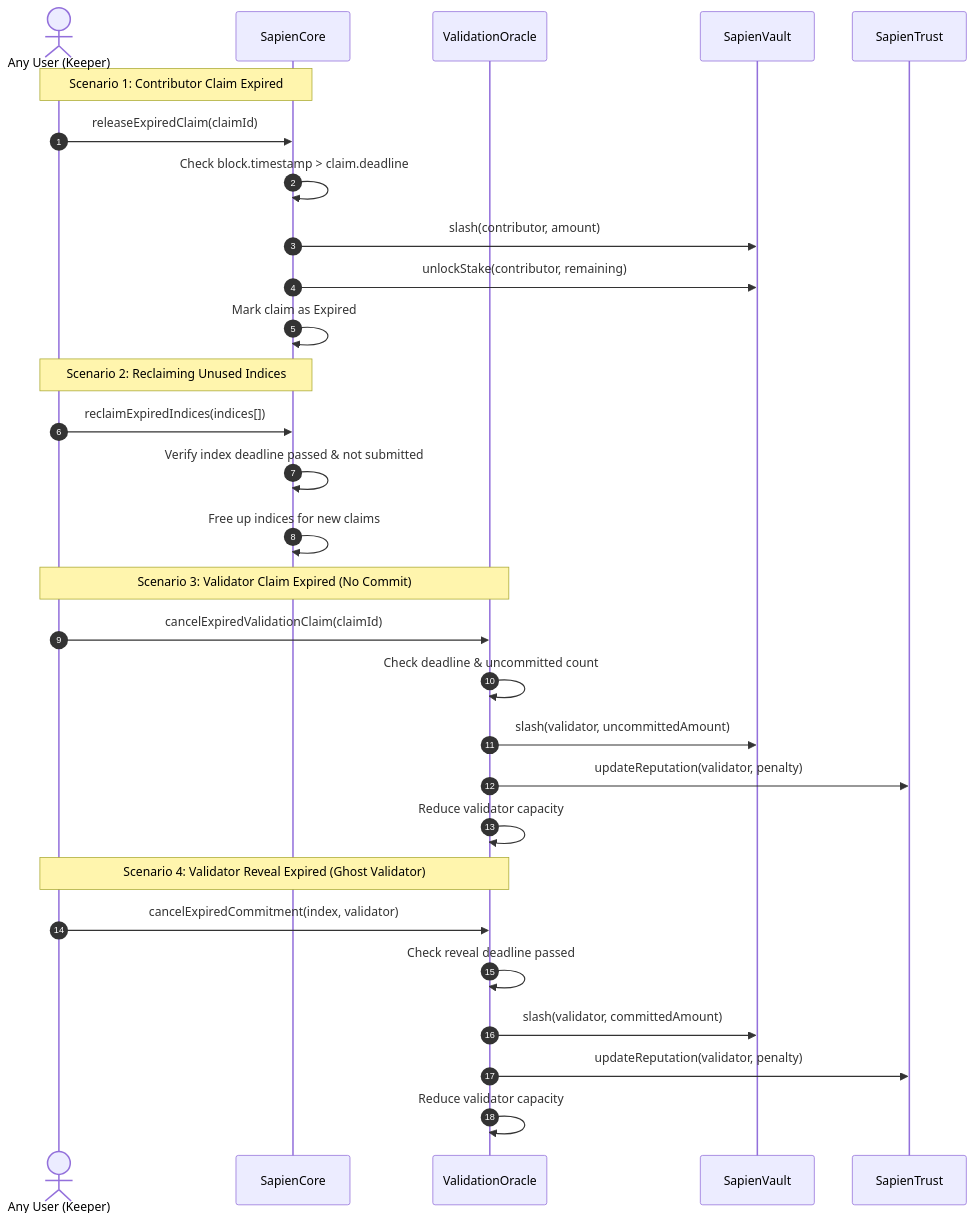
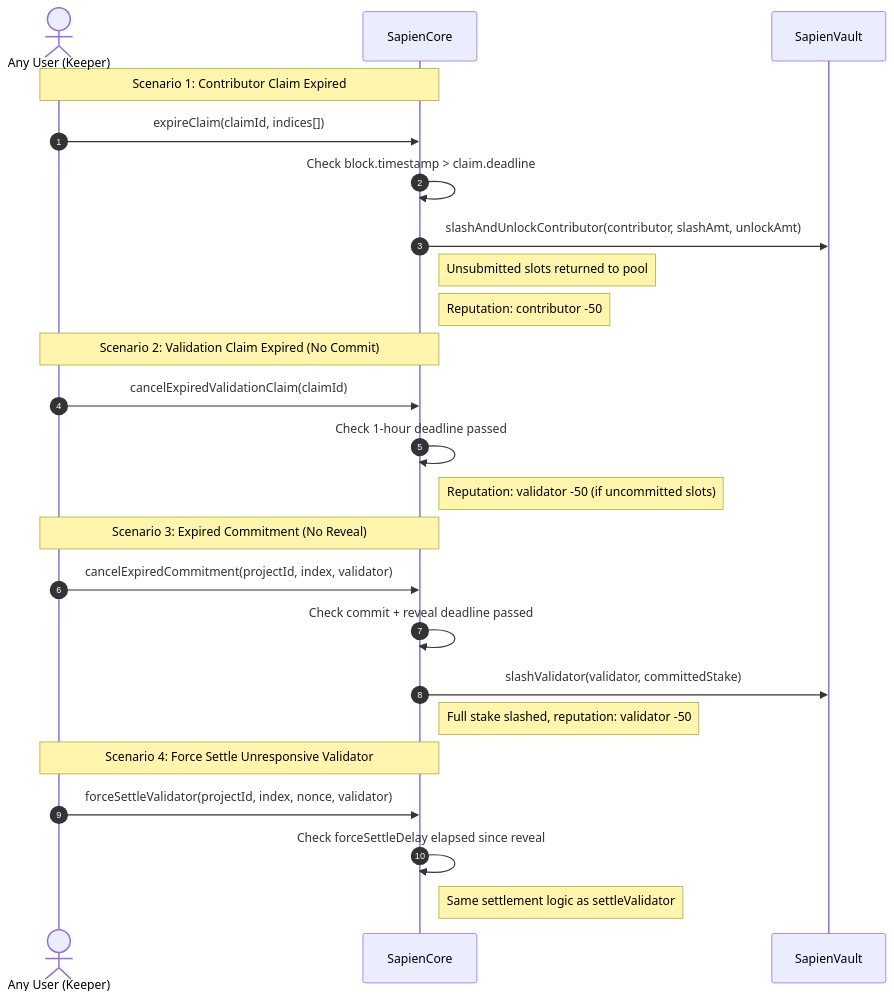
Before and after one commit to Sapien-io/sapien-contracts: the second of 2 diagrams in docs/architecture/lifecycle.md, drawn with Mermaid. The commit also changed other lines of this file and 83 other files, not shown here.

````diff
--- a/docs/architecture/lifecycle.md
+++ b/docs/architecture/lifecycle.md
@@ -98,35 +160,30 @@
 ```mermaid
 sequenceDiagram
     autonumber
     actor U as Any User (Keeper)
     participant SC as SapienCore
-    participant VO as ValidationOracle
     participant SV as SapienVault
-    participant ST as SapienTrust
 
     Note over U, SC: Scenario 1: Contributor Claim Expired
-    U->>SC: releaseExpiredClaim(claimId)
+    U->>SC: expireClaim(claimId, indices[])
     SC->>SC: Check block.timestamp > claim.deadline
-    SC->>SV: slash(contributor, amount)
-    SC->>SV: unlockStake(contributor, remaining)
-    SC->>SC: Mark claim as Expired
+    SC->>SV: slashAndUnlockContributor(contributor, slashAmt, unlockAmt)
+    Note right of SC: Unsubmitted slots returned to pool
+    Note right of SC: Reputation: contributor -50
 
-    Note over U, SC: Scenario 2: Reclaiming Unused Indices
-    U->>SC: reclaimExpiredIndices(indices[])
-    SC->>SC: Verify index deadline passed & not submitted
-    SC->>SC: Free up indices for new claims
+    Note over U, SC: Scenario 2: Validation Claim Expired (No Commit)
+    U->>SC: cancelExpiredValidationClaim(claimId)
+    SC->>SC: Check 1-hour deadline passed
+    Note right of SC: Reputation: validator -50 (if uncommitted slots)
 
-    Note over U, VO: Scenario 3: Validator Claim Expired (No Commit)
-    U->>VO: cancelExpiredValidationClaim(claimId)
-    VO->>VO: Check deadline & uncommitted count
-    VO->>SV: slash(validator, uncommittedAmount)
-    VO->>ST: updateReputation(validator, penalty)
-    VO->>VO: Reduce validator capacity
+    Note over U, SC: Scenario 3: Expired Commitment (No Reveal)
+    U->>SC: cancelExpiredCommitment(projectId, index, validator)
+    SC->>SC: Check commit + reveal deadline passed
+    SC->>SV: slashValidator(validator, committedStake)
+    Note right of SC: Full stake slashed, reputation: validator -50
 
-    Note over U, VO: Scenario 4: Validator Reveal Expired (Ghost Validator)
-    U->>VO: cancelExpiredCommitment(index, validator)
-    VO->>VO: Check reveal deadline passed
-    VO->>SV: slash(validator, committedAmount)
-    VO->>ST: updateReputation(validator, penalty)
-    VO->>VO: Reduce validator capacity
+    Note over U, SC: Scenario 4: Force Settle Unresponsive Validator
+    U->>SC: forceSettleValidator(projectId, index, nonce, validator)
+    SC->>SC: Check forceSettleDelay elapsed since reveal
+    Note right of SC: Same settlement logic as settleValidator
 ```
````
